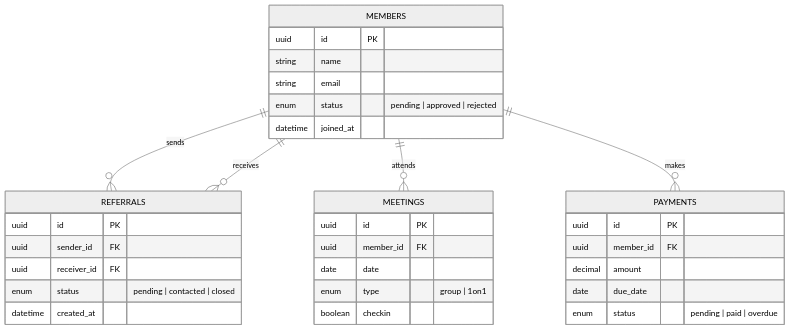
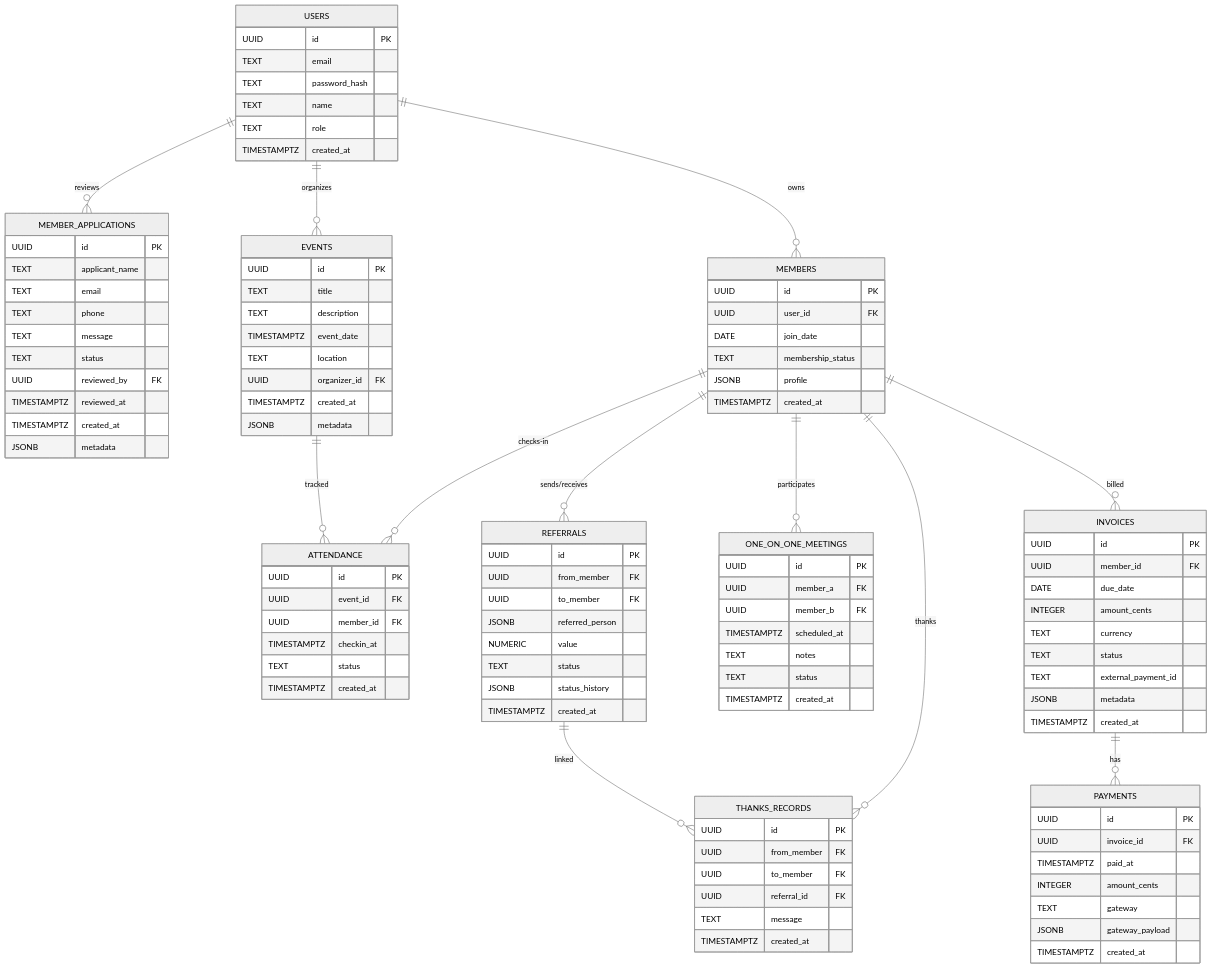
Before and after one commit to thaliszambarda/networking-platform: the second of 2 diagrams in docs/architecture-design.md, drawn with Mermaid (neutral theme). The commit also changed other lines of this file, not shown here.

````diff
--- a/docs/architecture-design.md
+++ b/docs/architecture-design.md
@@ -89,39 +89,119 @@
 ```mermaid
 erDiagram
-MEMBERS {
-  uuid id PK
-  string name
-  string email
-  enum status "pending | approved | rejected"
-  datetime joined_at
-}
 
-REFERRALS {
-  uuid id PK
-  uuid sender_id FK
-  uuid receiver_id FK
-  enum status "pending | contacted | closed"
-  datetime created_at
-}
+    USERS {
+        UUID id PK
+        TEXT email
+        TEXT password_hash
+        TEXT name
+        TEXT role
+        TIMESTAMPTZ created_at
+    }
 
-MEETINGS {
-  uuid id PK
-  uuid member_id FK
-  date date
-  enum type "group | 1on1"
-  boolean checkin
-}
+    MEMBER_APPLICATIONS {
+        UUID id PK
+        TEXT applicant_name
+        TEXT email
+        TEXT phone
+        TEXT message
+        TEXT status
+        UUID reviewed_by FK
+        TIMESTAMPTZ reviewed_at
+        TIMESTAMPTZ created_at
+        JSONB metadata
+    }
 
-PAYMENTS {
-  uuid id PK
-  uuid member_id FK
-  decimal amount
-  date due_date
-  enum status "pending | paid | overdue"
-}
+    MEMBERS {
+        UUID id PK
+        UUID user_id FK
+        DATE join_date
+        TEXT membership_status
+        JSONB profile
+        TIMESTAMPTZ created_at
+    }
 
-MEMBERS ||--o{ REFERRALS : sends
-MEMBERS ||--o{ REFERRALS : receives
-MEMBERS ||--o{ MEETINGS : attends
-MEMBERS ||--o{ PAYMENTS : makes
+    EVENTS {
+        UUID id PK
+        TEXT title
+        TEXT description
+        TIMESTAMPTZ event_date
+        TEXT location
+        UUID organizer_id FK
+        TIMESTAMPTZ created_at
+        JSONB metadata
+    }
+
+    ATTENDANCE {
+        UUID id PK
+        UUID event_id FK
+        UUID member_id FK
+        TIMESTAMPTZ checkin_at
+        TEXT status
+        TIMESTAMPTZ created_at
+    }
+
+    REFERRALS {
+        UUID id PK
+        UUID from_member FK
+        UUID to_member FK
+        JSONB referred_person
+        NUMERIC value
+        TEXT status
+        JSONB status_history
+        TIMESTAMPTZ created_at
+    }
+
+    THANKS_RECORDS {
+        UUID id PK
+        UUID from_member FK
+        UUID to_member FK
+        UUID referral_id FK
+        TEXT message
+        TIMESTAMPTZ created_at
+    }
+
+    ONE_ON_ONE_MEETINGS {
+        UUID id PK
+        UUID member_a FK
+        UUID member_b FK
+        TIMESTAMPTZ scheduled_at
+        TEXT notes
+        TEXT status
+        TIMESTAMPTZ created_at
+    }
+
+    INVOICES {
+        UUID id PK
+        UUID member_id FK
+        DATE due_date
+        INTEGER amount_cents
+        TEXT currency
+        TEXT status
+        TEXT external_payment_id
+        JSONB metadata
+        TIMESTAMPTZ created_at
+    }
+
+    PAYMENTS {
+        UUID id PK
+        UUID invoice_id FK
+        TIMESTAMPTZ paid_at
+        INTEGER amount_cents
+        TEXT gateway
+        JSONB gateway_payload
+        TIMESTAMPTZ created_at
+    }
+
+    %% RELATIONSHIPS
+    USERS ||--o{ MEMBER_APPLICATIONS : "reviews"
+    USERS ||--o{ MEMBERS : "owns"
+    USERS ||--o{ EVENTS : "organizes"
+    MEMBERS ||--o{ ATTENDANCE : "checks-in"
+    MEMBERS ||--o{ REFERRALS : "sends/receives"
+    MEMBERS ||--o{ THANKS_RECORDS : "thanks"
+    MEMBERS ||--o{ ONE_ON_ONE_MEETINGS : "participates"
+    MEMBERS ||--o{ INVOICES : "billed"
+    INVOICES ||--o{ PAYMENTS : "has"
+    REFERRALS ||--o{ THANKS_RECORDS : "linked"
+    EVENTS ||--o{ ATTENDANCE : "tracked"
 ```
````
